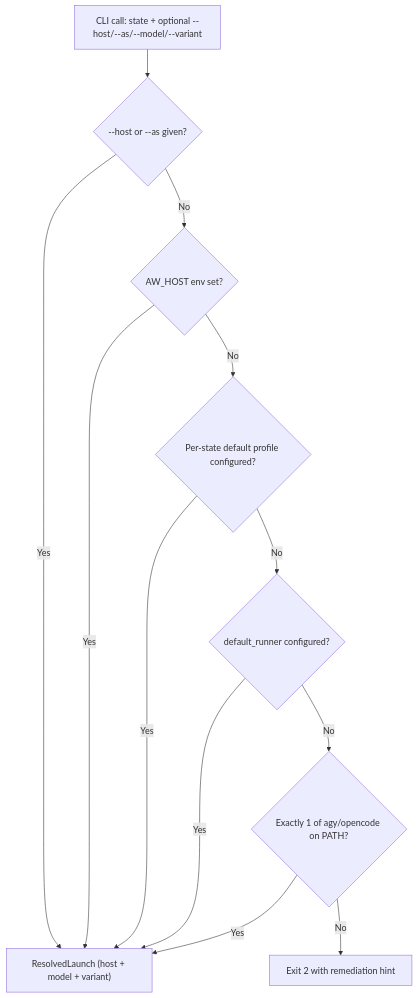
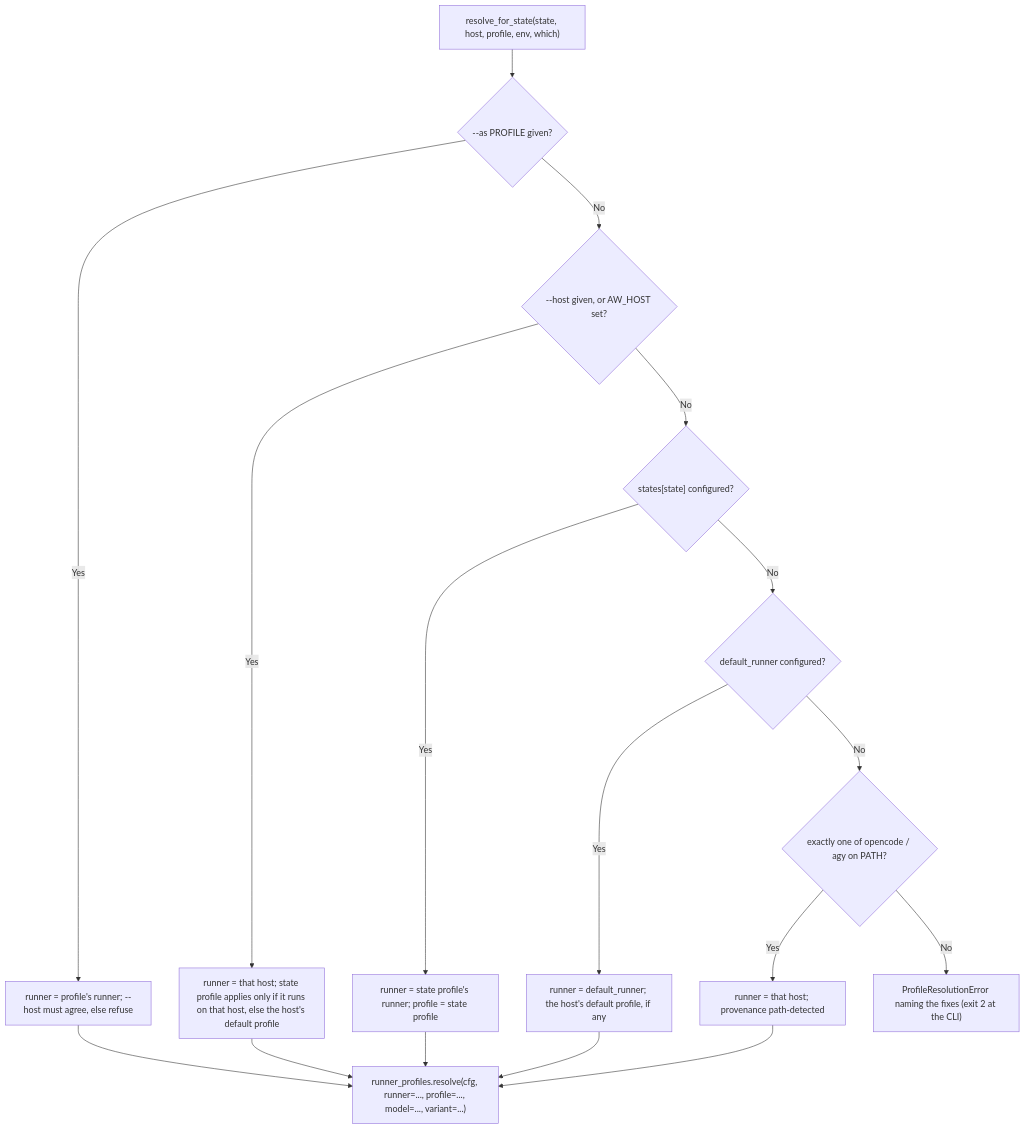
The diagram in .aw/records/plans/pending/20261122-cliverbs-01-m7jcis-add-per-state-runner-profile-routing-path-host-fallback-and.ipd.md (fariello/agent-workflows), drawn with Mermaid before and after one commit. The commit also changed other lines of this file and 1 other file, not shown here.

````diff
--- a/.aw/records/plans/pending/20261122-cliverbs-01-m7jcis-add-per-state-runner-profile-routing-path-host-fallback-and.ipd.md
+++ b/.aw/records/plans/pending/20261122-cliverbs-01-m7jcis-add-per-state-runner-profile-routing-path-host-fallback-and.ipd.md
@@ -32,14 +38,19 @@
 ```mermaid
 flowchart TD
-    IN["CLI call: state + optional --host/--as/--model/--variant"] --> P1{"--host or --as given?"}
-    P1 -->|Yes| RES["ResolvedLaunch (host + model + variant)"]
-    P1 -->|No| P2{"AW_HOST env set?"}
-    P2 -->|Yes| RES
-    P2 -->|No| P3{"Per-state default profile configured?"}
-    P3 -->|Yes| RES
+    IN["resolve_for_state(state, host, profile, env, which)"] --> P0{"--as PROFILE given?"}
+    P0 -->|Yes| NAMED["runner = profile's runner; --host must agree, else refuse"]
+    P0 -->|No| P1{"--host given, or AW_HOST set?"}
+    P1 -->|Yes| HOST["runner = that host; state profile applies only if it runs on that host, else the host's default profile"]
+    P1 -->|No| P3{"states[state] configured?"}
+    P3 -->|Yes| STATE["runner = state profile's runner; profile = state profile"]
     P3 -->|No| P4{"default_runner configured?"}
-    P4 -->|Yes| RES
-    P4 -->|No| P5{"Exactly 1 of agy/opencode on PATH?"}
-    P5 -->|Yes| RES
-    P5 -->|No| ERR["Exit 2 with remediation hint"]
+    P4 -->|Yes| DR["runner = default_runner; the host's default profile, if any"]
+    P4 -->|No| P5{"exactly one of opencode / agy on PATH?"}
+    P5 -->|Yes| PATH["runner = that host; provenance path-detected"]
+    P5 -->|No| ERR["ProfileResolutionError naming the fixes (exit 2 at the CLI)"]
+    NAMED --> RES["runner_profiles.resolve(cfg, runner=..., profile=..., model=..., variant=...)"]
+    HOST --> RES
+    STATE --> RES
+    DR --> RES
+    PATH --> RES
 ```
````
